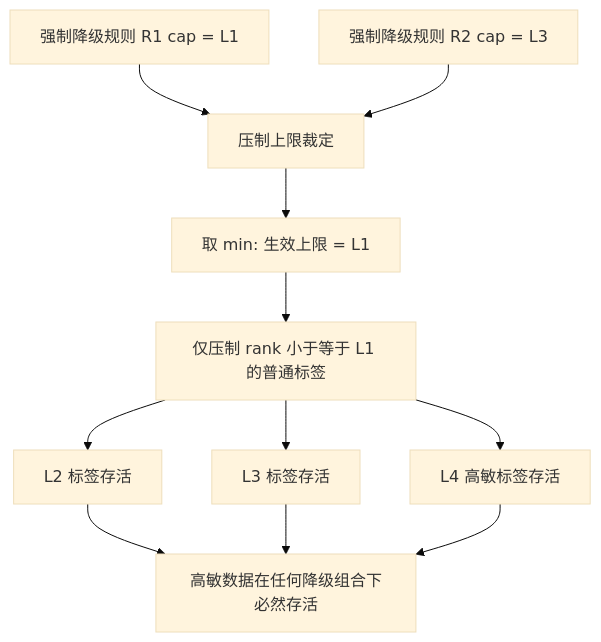
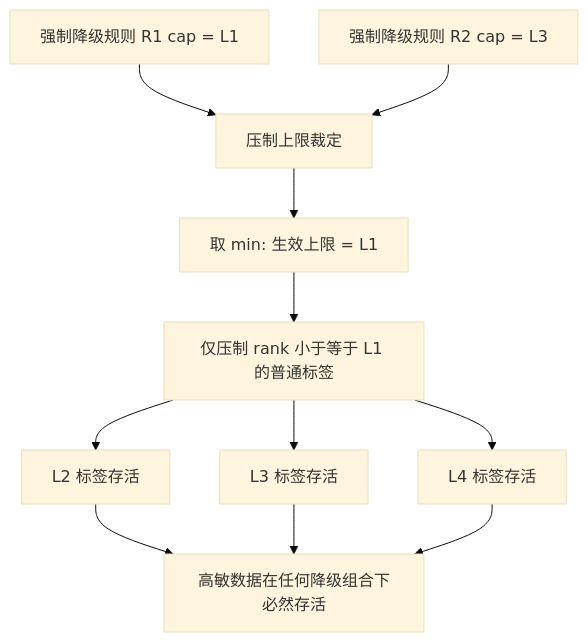
The third of 6 diagrams in docs/patent/专利2-声明式规则引擎与敏感度降级压制的分类分级方法.md (fengzhizi319/PrivShield), drawn with Mermaid (base theme) before and after one commit. The commit also changed other lines of this file and 23 other files, not shown here.

````diff
--- a/docs/patent/专利2-声明式规则引擎与敏感度降级压制的分类分级方法.md
+++ b/docs/patent/专利2-声明式规则引擎与敏感度降级压制的分类分级方法.md
@@ -216,13 +313,13 @@
 ```mermaid
 graph TB
     A[强制降级规则 R1 cap = L1] --> M[压制上限裁定]
     B[强制降级规则 R2 cap = L3] --> M
     M --> N[取 min: 生效上限 = L1]
     N --> O[仅压制 rank 小于等于 L1 的普通标签]
     O --> P[L2 标签存活]
     O --> Q[L3 标签存活]
-    O --> R[L4 高敏标签存活]
+    O --> R[L4 标签存活]
     P --> S[高敏数据在任何降级组合下必然存活]
     Q --> S
     R --> S
 ```
````
